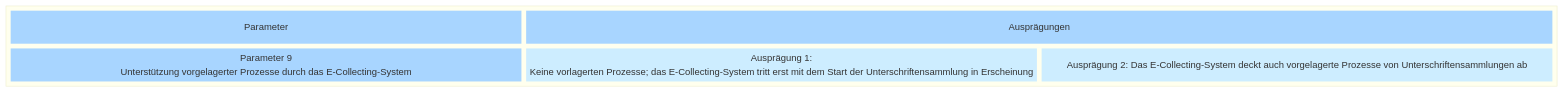
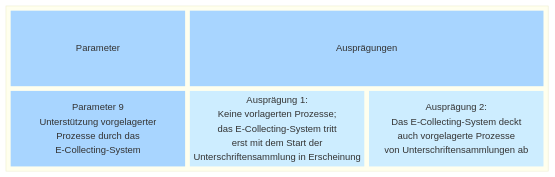
The second of 2 diagrams in docs/morphological-box/parameter-9.md (swiss/e-collecting), drawn with Mermaid before and after one commit.

````diff
--- a/docs/morphological-box/parameter-9.md
+++ b/docs/morphological-box/parameter-9.md
@@ -50,18 +50,26 @@
 ```mermaid
 block
   block
     columns 3
     t1["Parameter"]
     t2["Ausprägungen"]:2
     d["Parameter 9
-      Unterstützung vorgelagerter Prozesse durch das E-Collecting-System"]
+      Unterstützung vorgelagerter
+      Prozesse durch das
+      E-Collecting-System"]
     a1["Ausprägung 1:
-      Keine vorlagerten Prozesse; das E-Collecting-System tritt erst mit dem Start der Unterschriftensammlung in Erscheinung"]
-    a2["Ausprägung 2: Das E-Collecting-System deckt auch vorgelagerte Prozesse von Unterschriftensammlungen ab"]
+      Keine vorlagerten Prozesse;
+      das E-Collecting-System tritt
+      erst mit dem Start der
+      Unterschriftensammlung in Erscheinung"]
+    a2["Ausprägung 2:
+    Das E-Collecting-System deckt
+    auch vorgelagerte Prozesse
+    von Unterschriftensammlungen ab"]
     style t1 fill:#a8d5ff,stroke-width:0px
     style t2 fill:#a8d5ff,stroke-width:0px
     style d fill:#a8d5ff,stroke-width:0px,text-valign:top
     style a1 fill:#cdedff,stroke-width:0px
     style a2 fill:#cdedff,stroke-width:0px
   end
 ```
````
